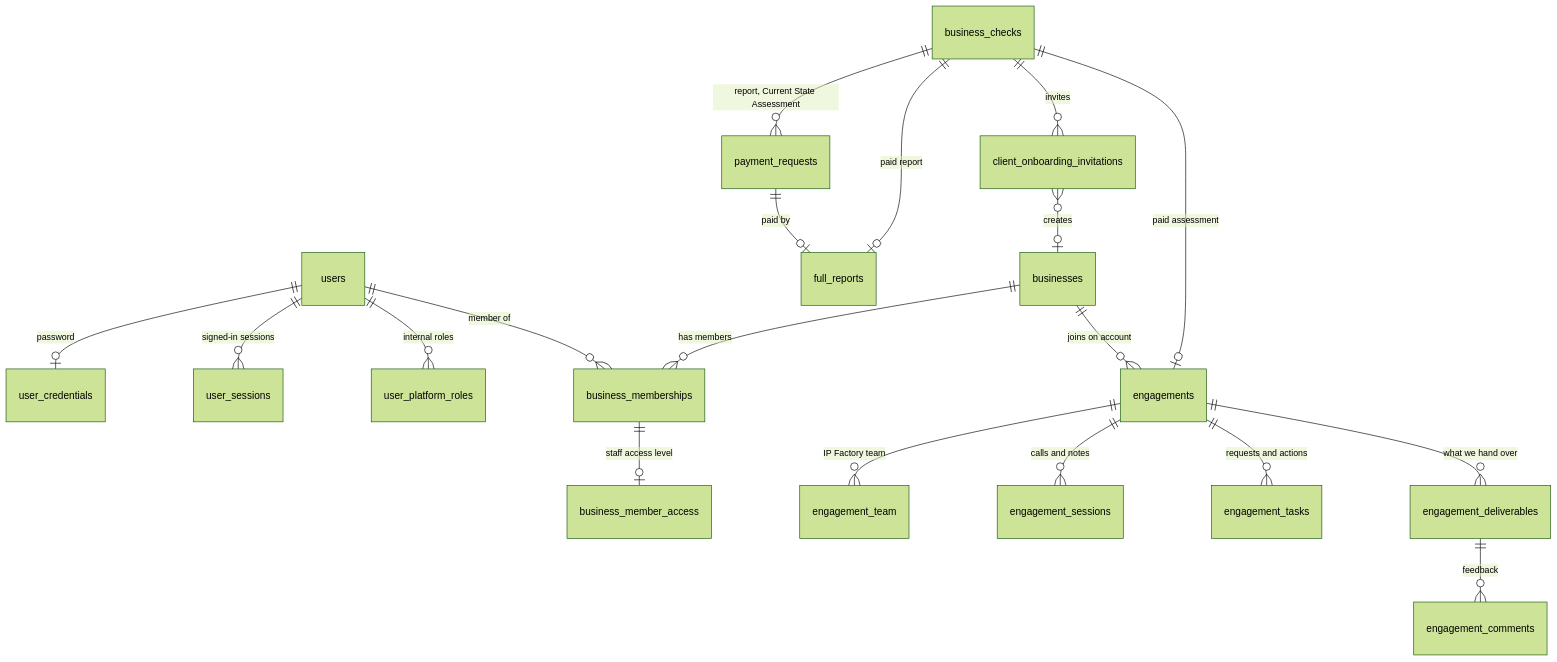
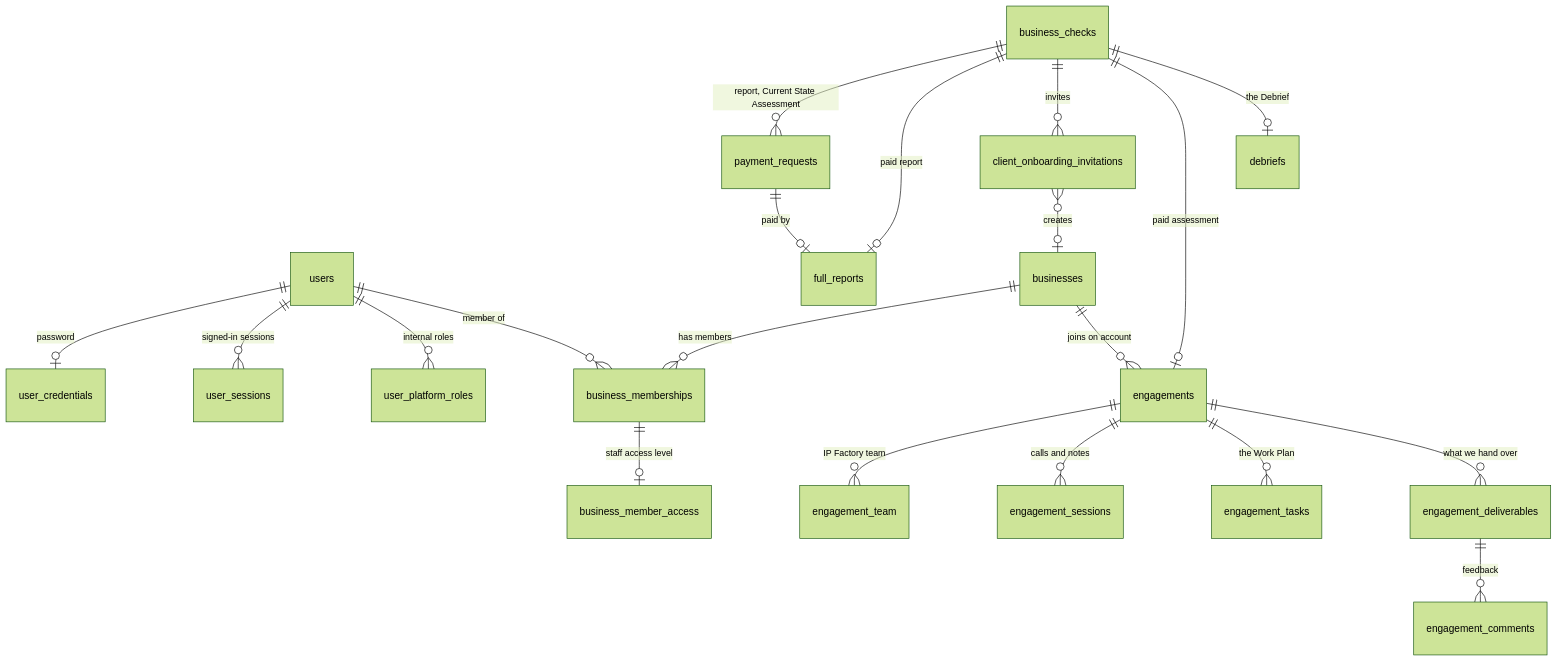
Before and after one commit to IPfactory01/IPF-SME: the diagram in docs/product/05-backend-schema.md, drawn with Mermaid (forest theme). The commit also changed other lines of this file and 28 other files, not shown here.

````diff
--- a/docs/product/05-backend-schema.md
+++ b/docs/product/05-backend-schema.md
@@ -12,21 +12,22 @@
 ```mermaid
 erDiagram
   users ||--o| user_credentials : "password"
   users ||--o{ user_sessions : "signed-in sessions"
   users ||--o{ user_platform_roles : "internal roles"
   users ||--o{ business_memberships : "member of"
   businesses ||--o{ business_memberships : "has members"
   business_checks ||--o{ payment_requests : "report, Current State Assessment"
   business_checks ||--o| full_reports : "paid report"
   payment_requests ||--o| full_reports : "paid by"
   business_checks ||--o{ client_onboarding_invitations : "invites"
   client_onboarding_invitations }o--o| businesses : "creates"
   business_checks ||--o| engagements : "paid assessment"
   businesses ||--o{ engagements : "joins on account"
   engagements ||--o{ engagement_team : "IP Factory team"
   engagements ||--o{ engagement_sessions : "calls and notes"
-  engagements ||--o{ engagement_tasks : "requests and actions"
+  engagements ||--o{ engagement_tasks : "the Work Plan"
+  business_checks ||--o| debriefs : "the Debrief"
   engagements ||--o{ engagement_deliverables : "what we hand over"
   engagement_deliverables ||--o{ engagement_comments : "feedback"
   business_memberships ||--o| business_member_access : "staff access level"
 ```
````
